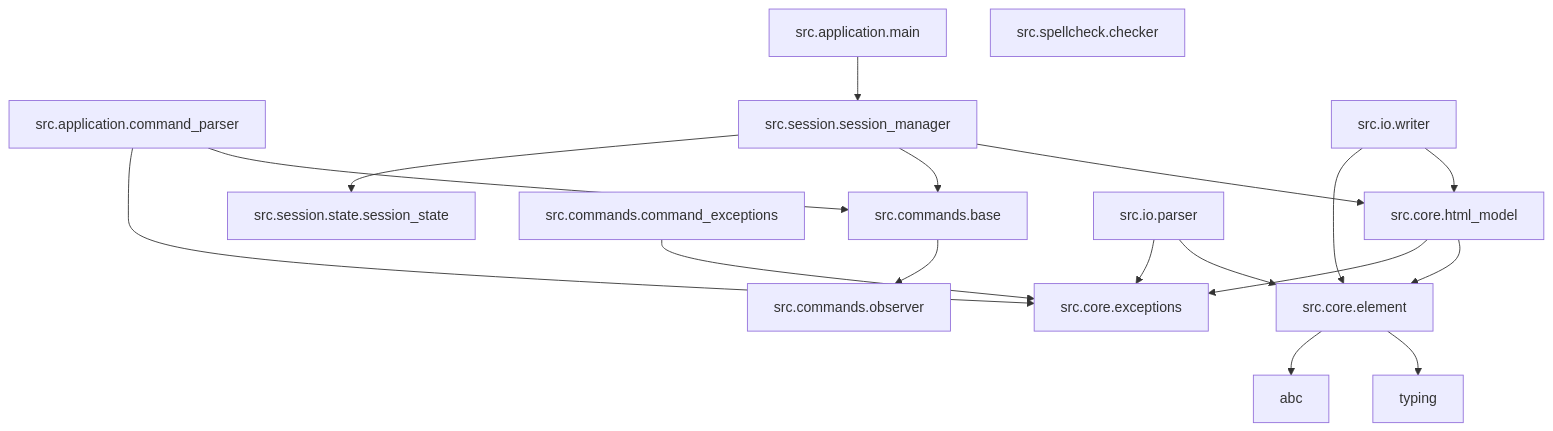
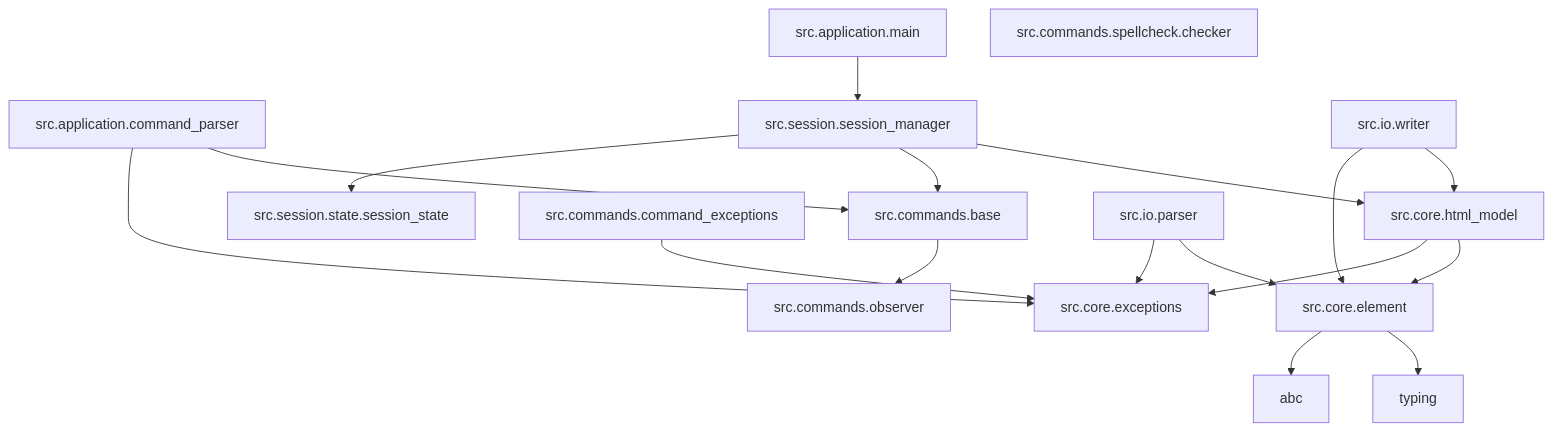
The diagram in docs/detailed_dependencies.md (KiritoFD/OOP_lab1), drawn with Mermaid before and after one commit. The commit also changed other lines of this file and 15 other files, not shown here.

````diff
--- a/docs/detailed_dependencies.md
+++ b/docs/detailed_dependencies.md
@@ -86,49 +86,49 @@
 ```mermaid
 graph TD
     %% 核心组件
     core_element["src.core.element"]
     core_exceptions["src.core.exceptions"]
     core_html_model["src.core.html_model"]
   
     %% 命令组件
     cmd_base["src.commands.base"]
     cmd_observer["src.commands.observer"]
     cmd_exceptions["src.commands.command_exceptions"]
   
     %% 应用组件
     app_parser["src.application.command_parser"]
     app_main["src.application.main"]
   
     %% 其他主要组件
     session_mgr["src.session.session_manager"]
     session_state["src.session.state.session_state"]
     io_parser["src.io.parser"]
     io_writer["src.io.writer"]
-    spellcheck["src.spellcheck.checker"]
+    spellcheck["src.commands.spellcheck.checker"]
   
     %% 核心依赖关系
     core_element --> typing
     core_element --> abc
     core_html_model --> core_element
     core_html_model --> core_exceptions
   
     %% 命令依赖关系
     cmd_base --> cmd_observer
     cmd_exceptions --> core_exceptions
   
     %% 应用依赖关系
     app_parser --> cmd_base
     app_parser --> core_exceptions
     app_main --> session_mgr
   
     %% 会话依赖关系
     session_mgr --> core_html_model
     session_mgr --> cmd_base
     session_mgr --> session_state
   
     %% IO依赖关系
     io_parser --> core_element
     io_parser --> core_exceptions
     io_writer --> core_html_model
     io_writer --> core_element
 ```
````
